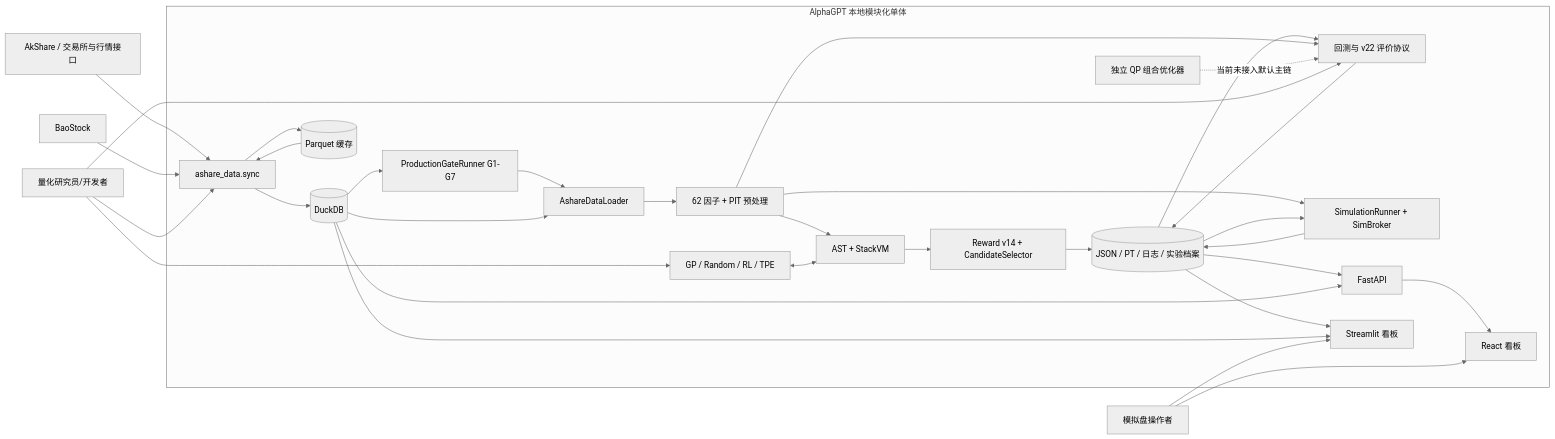
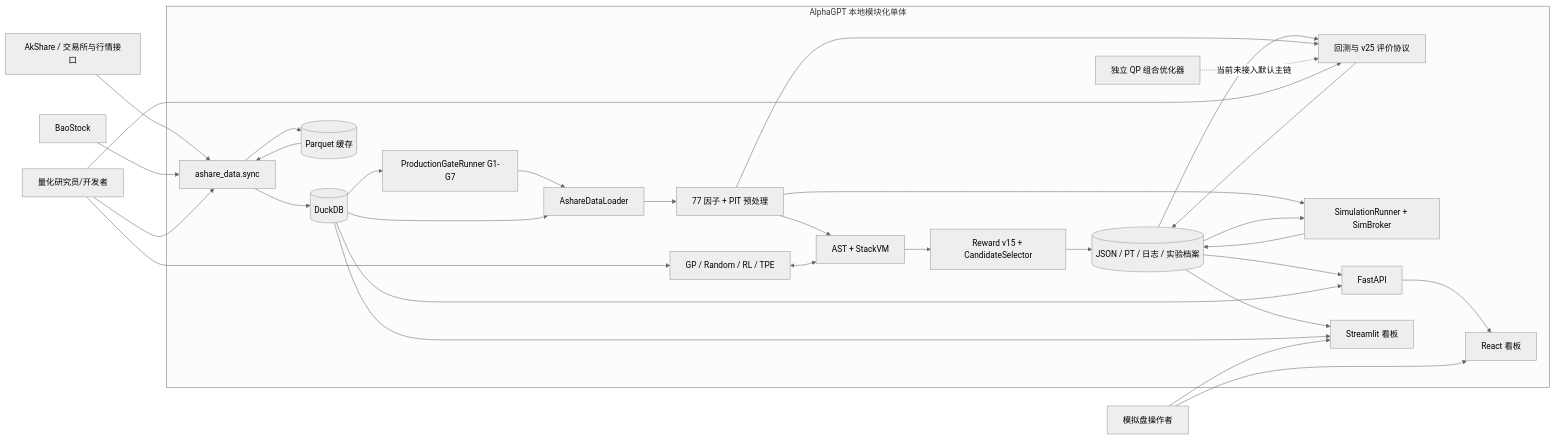
Before and after one commit to fanxxxks/N: the first of 6 diagrams in docs/PROJECT_ONBOARDING.md, drawn with Mermaid (neutral theme). The commit also changed other lines of this file, not shown here.

```diff
--- a/docs/PROJECT_ONBOARDING.md
+++ b/docs/PROJECT_ONBOARDING.md
@@ -188,57 +189,57 @@
 ~~~mermaid
 flowchart LR
     Researcher[量化研究员/开发者]
     Operator[模拟盘操作者]
     AkShare[AkShare / 交易所与行情接口]
     BaoStock[BaoStock]
 
     subgraph AlphaGPT[AlphaGPT 本地模块化单体]
         Sync[ashare_data.sync]
         DB[(DuckDB)]
         PQ[(Parquet 缓存)]
         Gates[ProductionGateRunner G1-G7]
         Loader[AshareDataLoader]
-        Factor[62 因子 + PIT 预处理]
+        Factor[77 因子 + PIT 预处理]
         Search[GP / Random / RL / TPE]
         VM[AST + StackVM]
-        Score[Reward v14 + CandidateSelector]
-        Backtest[回测与 v22 评价协议]
+        Score[Reward v15 + CandidateSelector]
+        Backtest[回测与 v25 评价协议]
         Optimizer[独立 QP 组合优化器]
         Sim[SimulationRunner + SimBroker]
         Artifacts[(JSON / PT / 日志 / 实验档案)]
         API[FastAPI]
         React[React 看板]
         Streamlit[Streamlit 看板]
     end
 
     AkShare --> Sync
     BaoStock --> Sync
     Sync --> DB
     Sync --> PQ
     DB --> Gates
     Gates --> Loader
     DB --> Loader
     PQ --> Sync
     Loader --> Factor
     Factor --> VM
     Search <--> VM
     VM --> Score
     Score --> Artifacts
     Artifacts --> Backtest
     Factor --> Backtest
     Backtest --> Artifacts
     Factor --> Sim
     Artifacts --> Sim
     Sim --> Artifacts
     Optimizer -. 当前未接入默认主链 .-> Backtest
     Artifacts --> API
     DB --> API
     API --> React
     Artifacts --> Streamlit
     DB --> Streamlit
     Researcher --> Sync
     Researcher --> Search
     Researcher --> Backtest
     Operator --> React
     Operator --> Streamlit
 ~~~
```
